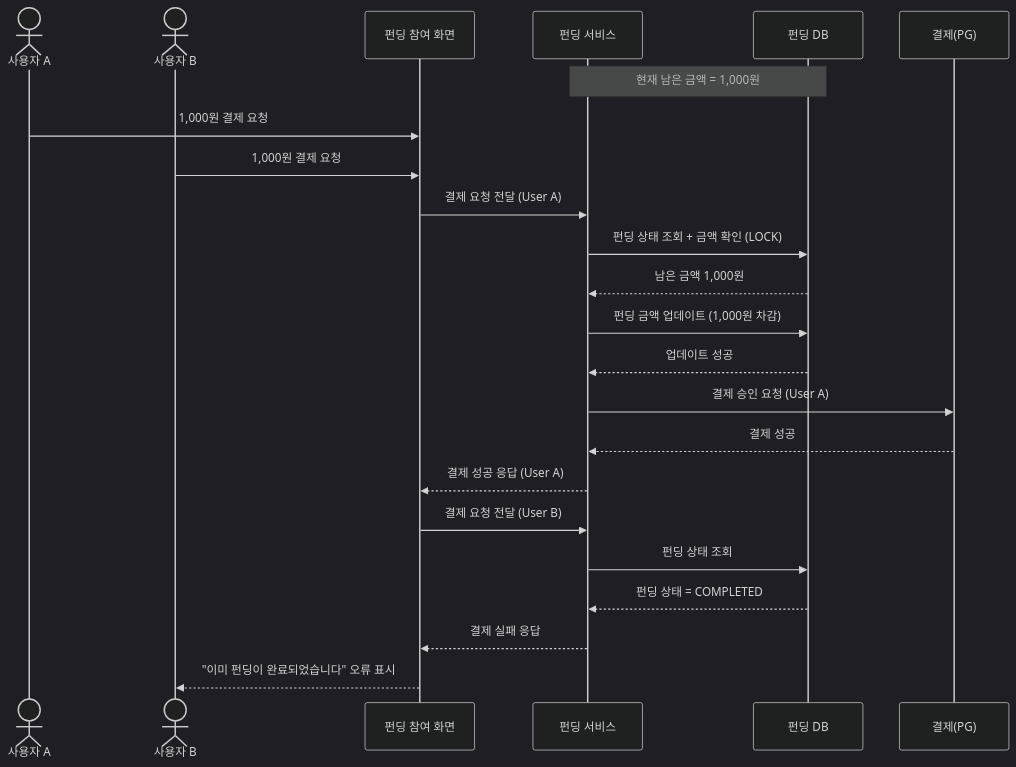
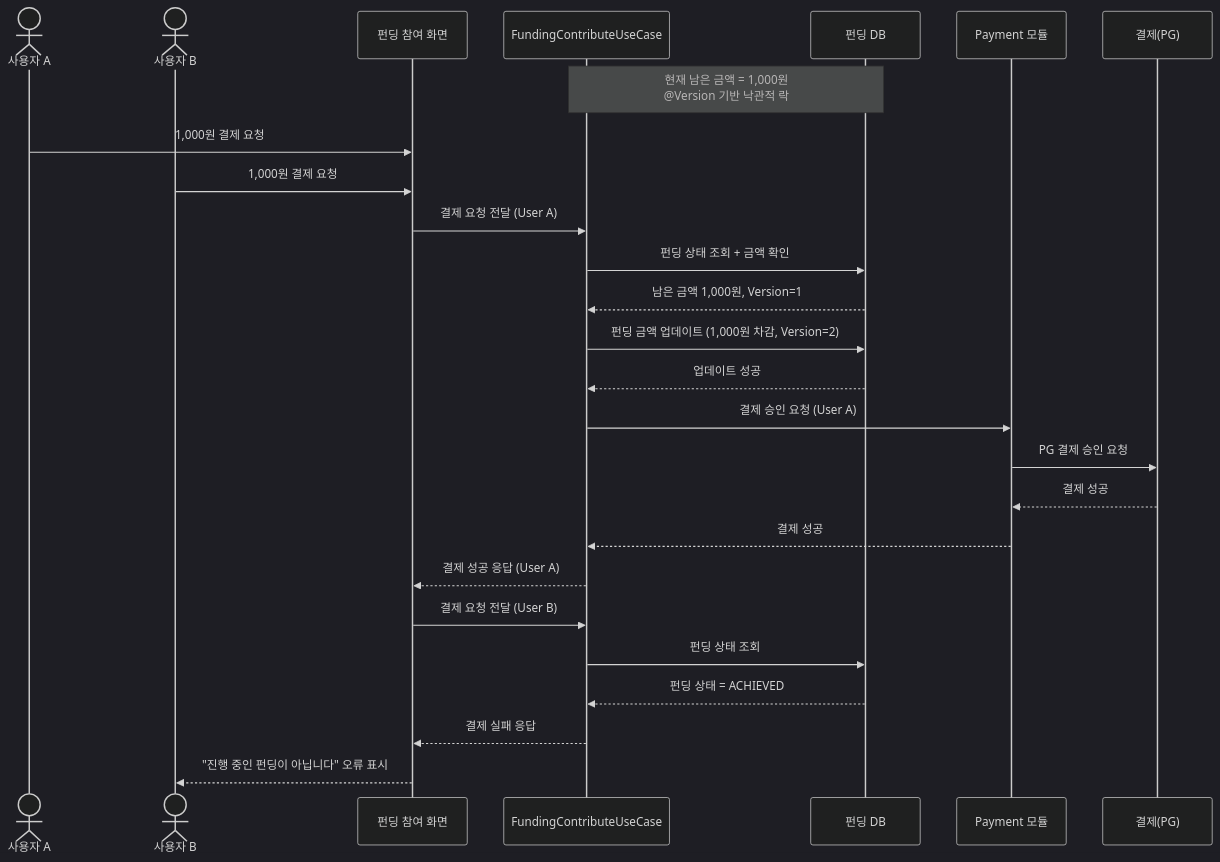
One commit to prgrms-be-adv-devcourse/beadv4_4_Team201_BE changed the diagram in docs/sequences/4.2-funding-participate-payment.md. Above: the diagram before and after it, drawn with Mermaid (dark theme). The commit also changed other lines of this file and 48 other files, not shown here.

````diff
--- a/docs/sequences/4.2-funding-participate-payment.md
+++ b/docs/sequences/4.2-funding-participate-payment.md
@@ -5,29 +5,32 @@
 ```mermaid
 sequenceDiagram
     actor UserA as 사용자 A
     actor UserB as 사용자 B
     participant UI as 펀딩 참여 화면
-    participant Funding as 펀딩 서비스
+    participant Funding as FundingContributeUseCase
     participant DB as 펀딩 DB
+    participant Payment as Payment 모듈
     participant PG as 결제(PG)
 
-    Note over Funding,DB: 현재 남은 금액 = 1,000원
+    Note over Funding,DB: 현재 남은 금액 = 1,000원<br/>@Version 기반 낙관적 락
 
     UserA ->> UI: 1,000원 결제 요청
     UserB ->> UI: 1,000원 결제 요청
 
     UI ->> Funding: 결제 요청 전달 (User A)
-    Funding ->> DB: 펀딩 상태 조회 + 금액 확인 (LOCK)
-    DB -->> Funding: 남은 금액 1,000원
-    Funding ->> DB: 펀딩 금액 업데이트 (1,000원 차감)
+    Funding ->> DB: 펀딩 상태 조회 + 금액 확인
+    DB -->> Funding: 남은 금액 1,000원, Version=1
+    Funding ->> DB: 펀딩 금액 업데이트 (1,000원 차감, Version=2)
     DB -->> Funding: 업데이트 성공
-    Funding ->> PG: 결제 승인 요청 (User A)
-    PG -->> Funding: 결제 성공
+    Funding ->> Payment: 결제 승인 요청 (User A)
+    Payment ->> PG: PG 결제 승인 요청
+    PG -->> Payment: 결제 성공
+    Payment -->> Funding: 결제 성공
     Funding -->> UI: 결제 성공 응답 (User A)
 
     UI ->> Funding: 결제 요청 전달 (User B)
     Funding ->> DB: 펀딩 상태 조회
-    DB -->> Funding: 펀딩 상태 = COMPLETED
+    DB -->> Funding: 펀딩 상태 = ACHIEVED
     Funding -->> UI: 결제 실패 응답
-    UI -->> UserB: "이미 펀딩이 완료되었습니다" 오류 표시
+    UI -->> UserB: "진행 중인 펀딩이 아닙니다" 오류 표시
 ```
````
